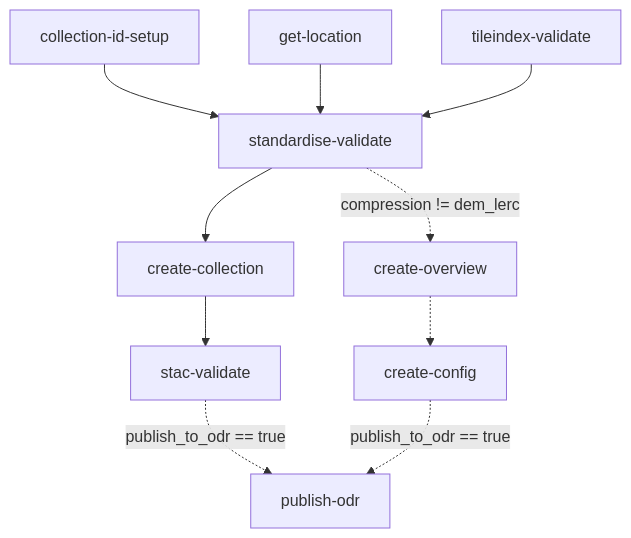
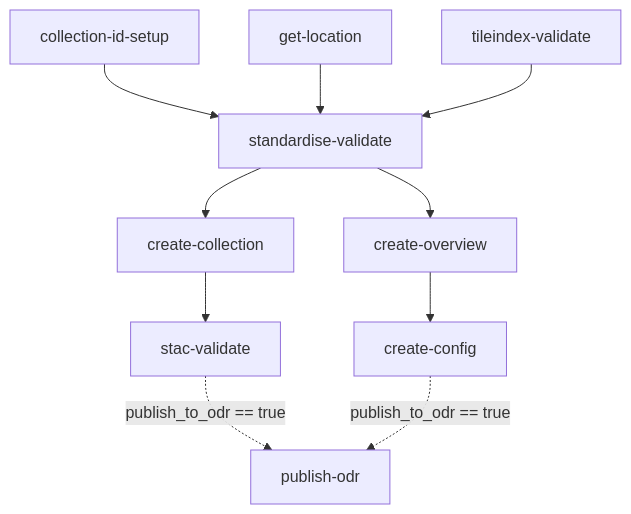
One commit to linz/topo-workflows changed the first of 3 diagrams in workflows/raster/README.md. Above: the diagram before and after it, drawn with Mermaid.

````diff
--- a/workflows/raster/README.md
+++ b/workflows/raster/README.md
@@ -118,10 +118,10 @@
 ```mermaid
 graph TD;
     collection-id-setup-->standardise-validate;
     get-location-->standardise-validate;
     tileindex-validate-->standardise-validate;
     standardise-validate-->create-collection;
-    standardise-validate-.->|compression != dem_lerc|create-overview;
+    standardise-validate-->create-overview;
     create-collection-->stac-validate-.->|publish_to_odr == true|publish-odr;
-    create-overview-.->create-config-.->|publish_to_odr == true|publish-odr;
+    create-overview-->create-config-.->|publish_to_odr == true|publish-odr;
 ```
````
